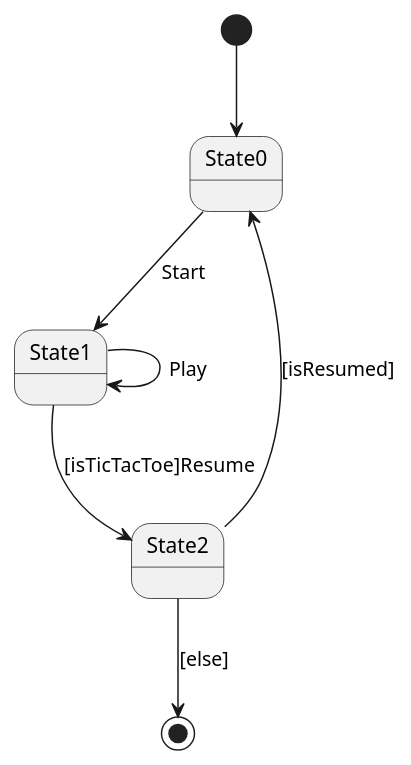
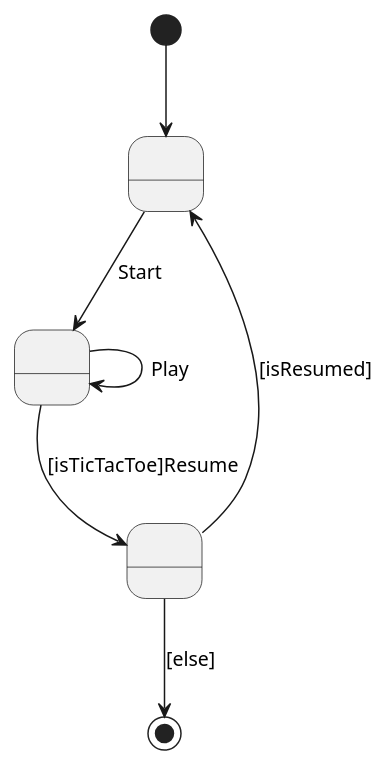
The second of 2 diagrams in src/docs/asciidoc/index.adoc (x-USantaTecla-game-ticTacToe/requirements), drawn with PlantUML before and after one commit. The commit also changed other lines of this file and 7 other files, not shown here.

```diff
--- a/src/docs/asciidoc/index.adoc
+++ b/src/docs/asciidoc/index.adoc
@@ -52,10 +52,12 @@
 [plantuml,diagramaContexto,svg]
 ....
-
+state State0 as " "
+state State1 as " "
+state State2 as " "
 [*] --> State0
 State0 --> State1 : Start
 State1 --> State1 : Play
 State1 --> State2 : [isTicTacToe]Resume
 State2 --> State0 : [isResumed]
 State2 --> [*] : [else]
 ....
```
